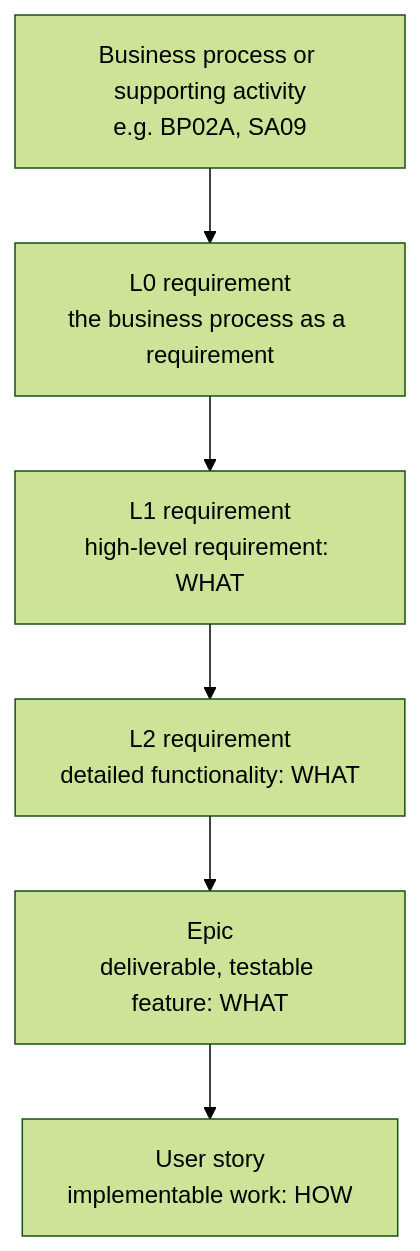
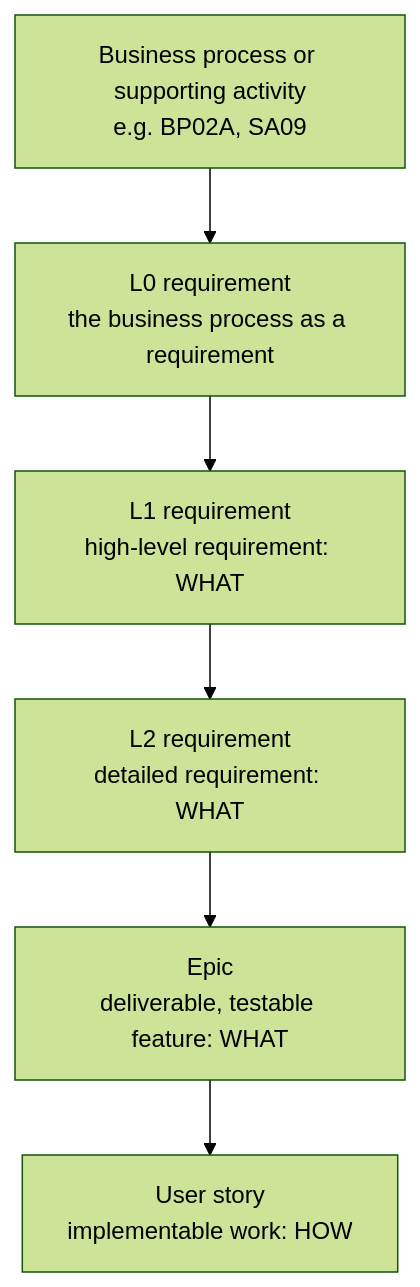
Before and after one commit to barrynauta/simpl-local: the diagram in requirements-poc/levels.md, drawn with Mermaid (forest theme). The commit also changed other lines of this file and 118 other files, not shown here.

Commit message:
requirements-poc: call L2 a detailed requirement

````diff
--- a/requirements-poc/levels.md
+++ b/requirements-poc/levels.md
@@ -7,9 +7,9 @@
 ```mermaid
 graph TD
     BP["Business process or supporting activity<br/>e.g. BP02A, SA09"] --> L0
     L0["L0 requirement<br/>the business process as a requirement"] --> L1
     L1["L1 requirement<br/>high-level requirement: WHAT"] --> L2
-    L2["L2 requirement<br/>detailed functionality: WHAT"] --> EP
+    L2["L2 requirement<br/>detailed requirement: WHAT"] --> EP
     EP["Epic<br/>deliverable, testable feature: WHAT"] --> US
     US["User story<br/>implementable work: HOW"]
 ```
````
